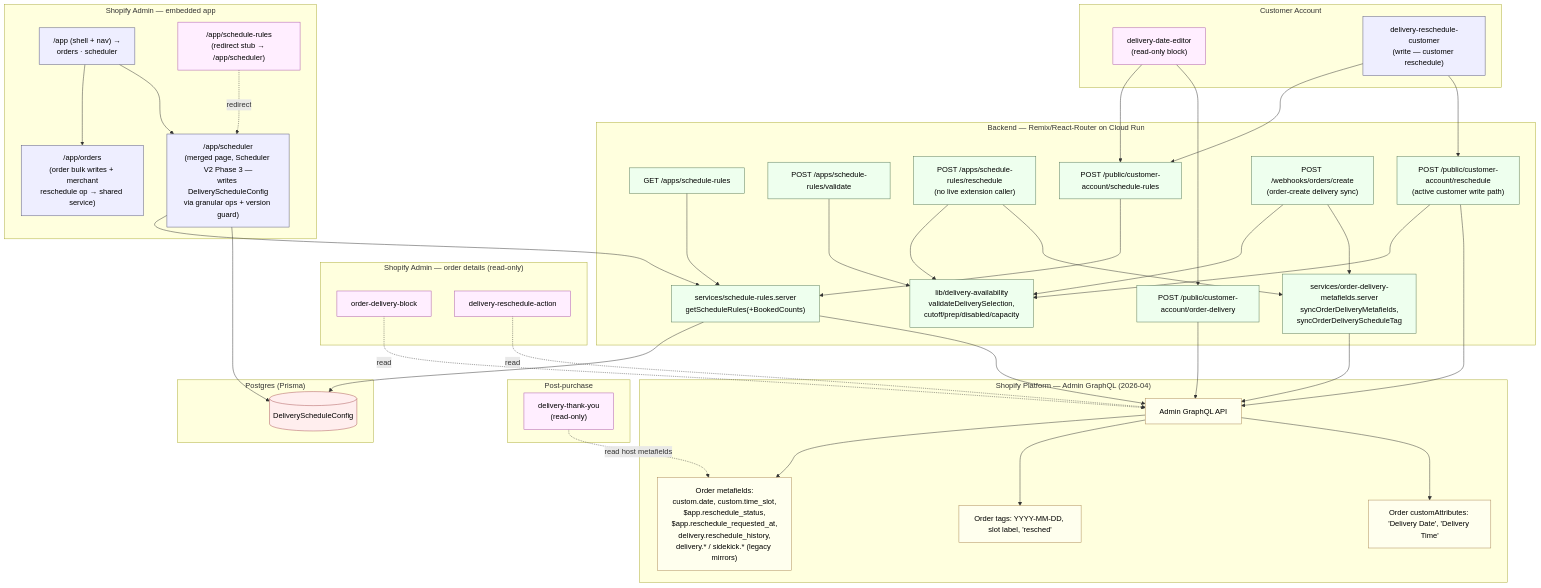
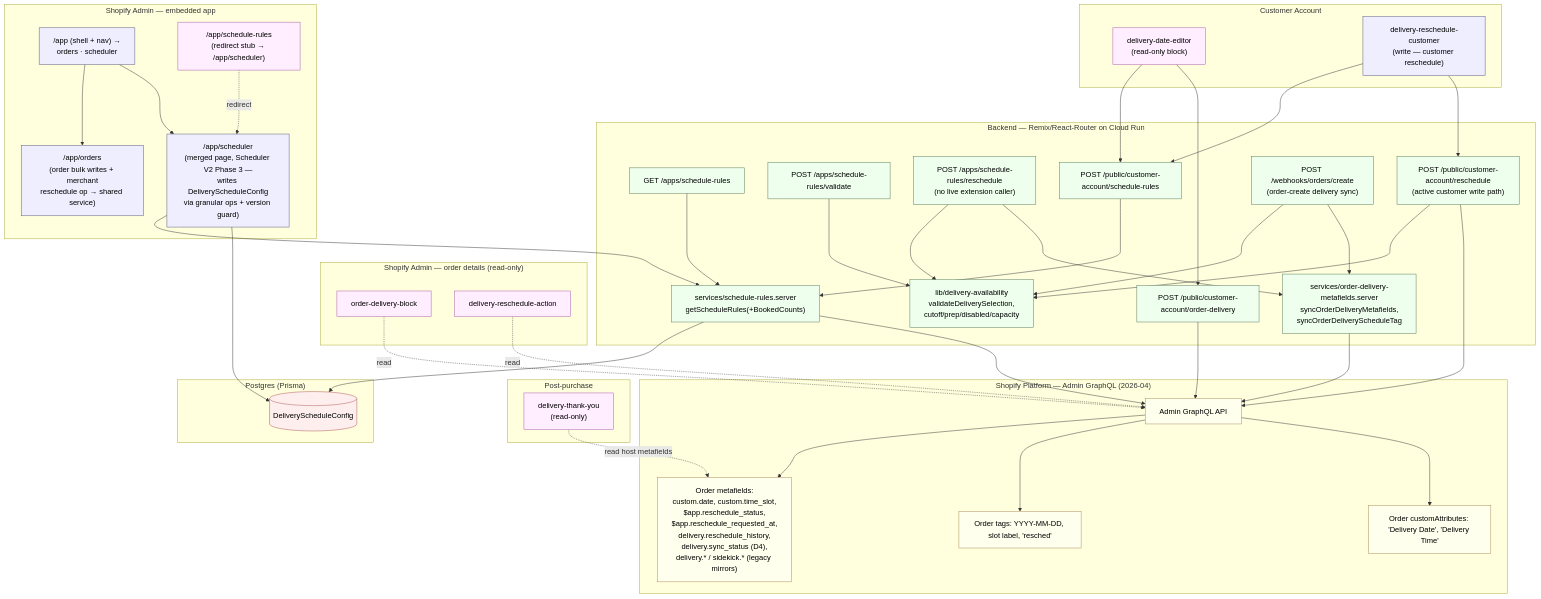
Before and after one commit to flwrdev/delivery-scheduler: the first of 3 diagrams in docs/architecture.md, drawn with Mermaid. The commit also changed other lines of this file and 8 other files, not shown here.

First line of the commit message:
feat(scheduler-v2): Phase 4 — webhook always-syncs + delivery.sync_status (D4)

```diff
--- a/docs/architecture.md
+++ b/docs/architecture.md
@@ -84,7 +84,7 @@
 
     subgraph SHOP["Shopify Platform — Admin GraphQL (2026-04)"]
         SADM["Admin GraphQL API"]:::sh
-        SMETA["Order metafields:<br/>custom.date, custom.time_slot,<br/>$app.reschedule_status,<br/>$app.reschedule_requested_at,<br/>delivery.reschedule_history,<br/>delivery.* / sidekick.* (legacy mirrors)"]:::sh
+        SMETA["Order metafields:<br/>custom.date, custom.time_slot,<br/>$app.reschedule_status,<br/>$app.reschedule_requested_at,<br/>delivery.reschedule_history,<br/>delivery.sync_status (D4),<br/>delivery.* / sidekick.* (legacy mirrors)"]:::sh
         STAGS["Order tags: YYYY-MM-DD, slot label, 'resched'"]:::sh
         SCATTR["Order customAttributes: 'Delivery Date', 'Delivery Time'"]:::sh
     end
```
